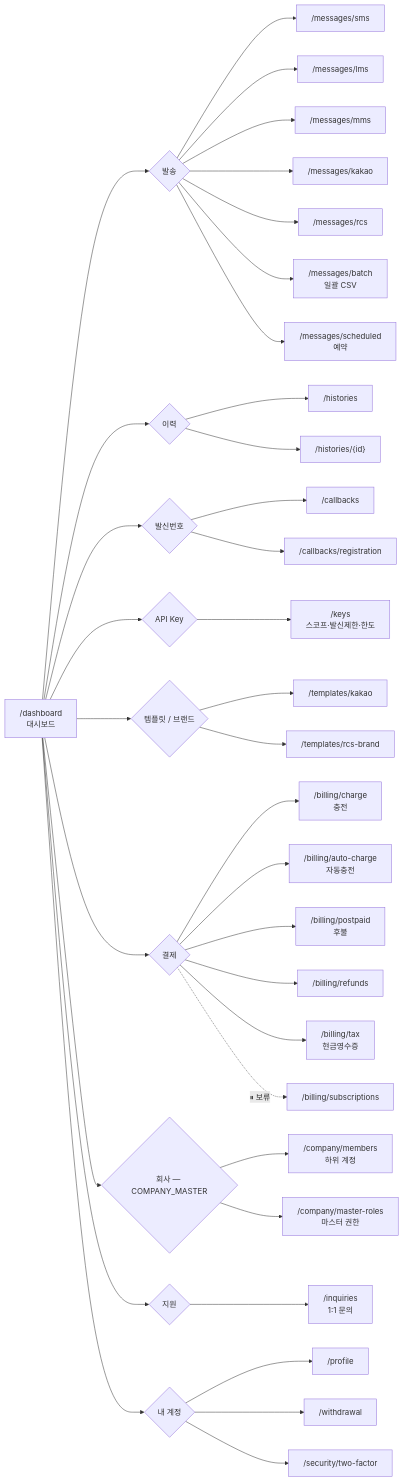
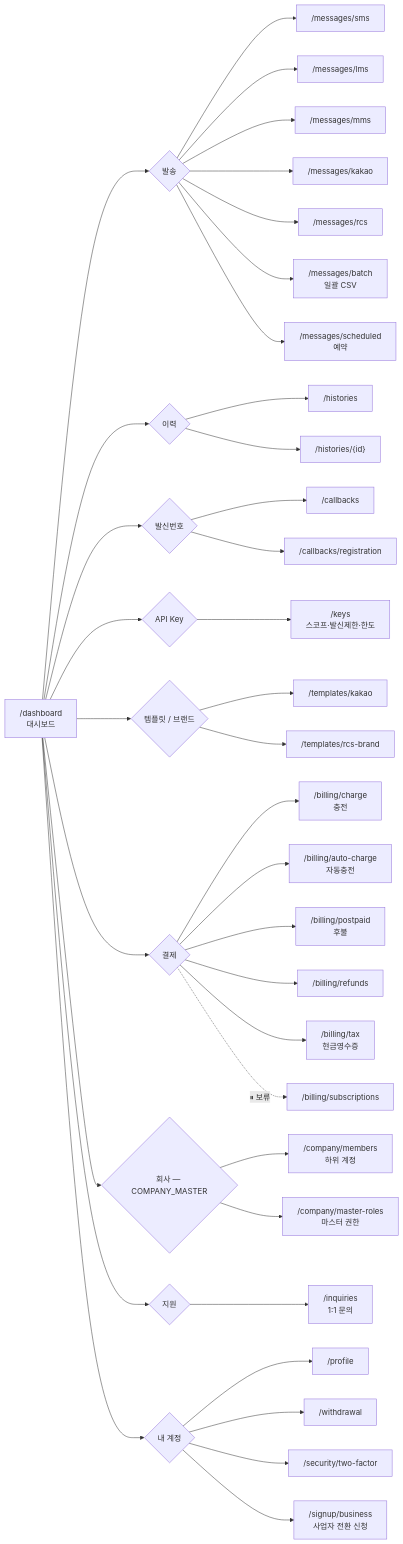
Before and after one commit to beanteacher/web-wisecan-unified: the third of 4 diagrams in pm/03_IA.md, drawn with Mermaid. The commit also changed other lines of this file and 17 other files, not shown here.

````diff
--- a/pm/03_IA.md
+++ b/pm/03_IA.md
@@ -67,46 +66,47 @@
 ```mermaid
 flowchart LR
   HOME["/dashboard<br>대시보드"] --> SEND_GRP{발송}
   SEND_GRP --> S_SMS["/messages/sms"]
   SEND_GRP --> S_LMS["/messages/lms"]
   SEND_GRP --> S_MMS["/messages/mms"]
   SEND_GRP --> S_KAKAO["/messages/kakao"]
   SEND_GRP --> S_RCS["/messages/rcs"]
   SEND_GRP --> S_BATCH["/messages/batch<br>일괄 CSV"]
   SEND_GRP --> S_SCHED["/messages/scheduled<br>예약"]
 
   HOME --> HIST_GRP{이력}
   HIST_GRP --> H_LIST["/histories"]
   HIST_GRP --> H_DETAIL["/histories/{id}"]
 
   HOME --> CB_GRP{발신번호}
   CB_GRP --> CB_LIST["/callbacks"]
   CB_GRP --> CB_REG["/callbacks/registration"]
 
   HOME --> KEY_GRP{API Key}
   KEY_GRP --> KEY_LIST["/keys<br>스코프·발신제한·한도"]
 
   HOME --> TPL_GRP{템플릿 / 브랜드}
   TPL_GRP --> T_KAKAO["/templates/kakao"]
   TPL_GRP --> T_RCS["/templates/rcs-brand"]
 
   HOME --> PAY_GRP{결제}
   PAY_GRP --> P_CHARGE["/billing/charge<br>충전"]
   PAY_GRP --> P_AUTO["/billing/auto-charge<br>자동충전"]
   PAY_GRP --> P_POST["/billing/postpaid<br>후불"]
   PAY_GRP --> P_REFUND["/billing/refunds"]
   PAY_GRP --> P_TAX["/billing/tax<br>현금영수증"]
   PAY_GRP -.->|⏸ 보류| P_SUB["/billing/subscriptions"]
 
   HOME --> CO_GRP{회사 — COMPANY_MASTER}
   CO_GRP --> CO_MEM["/company/members<br>하위 계정"]
   CO_GRP --> CO_ROLE["/company/master-roles<br>마스터 권한"]
 
   HOME --> SUPP_GRP{지원}
   SUPP_GRP --> INQ["/inquiries<br>1:1 문의"]
 
   HOME --> ME_GRP{내 계정}
   ME_GRP --> PROFILE["/profile"]
   ME_GRP --> WD["/withdrawal"]
   ME_GRP --> SEC2FA["/security/two-factor"]
+  ME_GRP --> BIZUP["/signup/business<br>사업자 전환 신청"]
 ```
````
